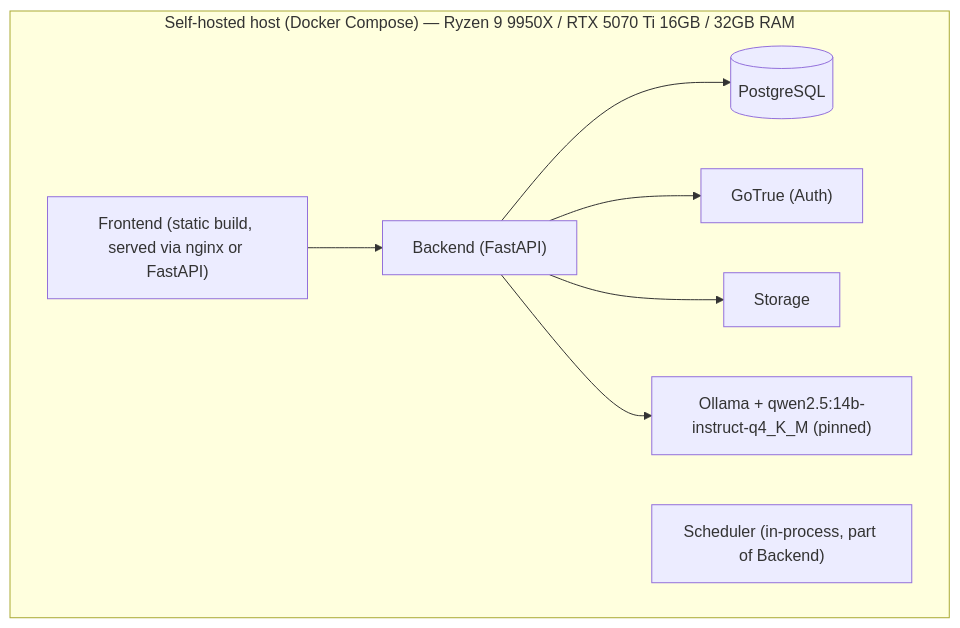
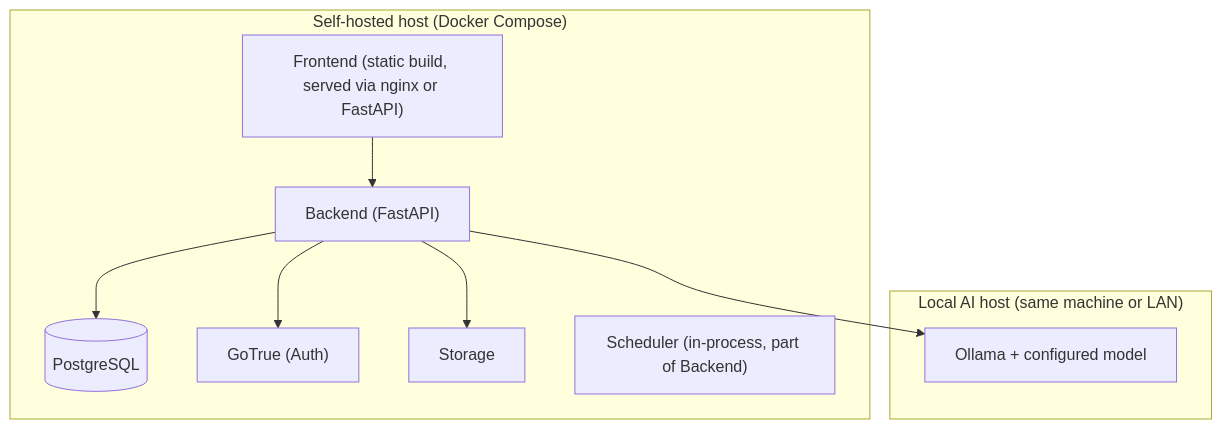
The diagram in docs/10-deployment-and-dev-workflow.md (wassimrahoui/adhd-job-agent), drawn with Mermaid before and after one commit. The commit also changed other lines of this file and 4 other files, not shown here.

````diff
--- a/docs/10-deployment-and-dev-workflow.md
+++ b/docs/10-deployment-and-dev-workflow.md
@@ -33,17 +33,19 @@
 ```mermaid
 flowchart TB
-    subgraph Host["Self-hosted host (Docker Compose) — Ryzen 9 9950X / RTX 5070 Ti 16GB / 32GB RAM"]
+    subgraph Host["Self-hosted host (Docker Compose)"]
         FE["Frontend (static build, served via nginx or FastAPI)"]
         BE["Backend (FastAPI)"]
         PG[("PostgreSQL")]
         AUTH["GoTrue (Auth)"]
         STOR["Storage"]
         SCHED["Scheduler (in-process, part of Backend)"]
-        OLLAMA["Ollama + qwen2.5:14b-instruct-q4_K_M (pinned)"]
+    end
+    subgraph AIHost["Local AI host (same machine or LAN)"]
+        OLLAMA["Ollama + configured model"]
     end
     BE --> PG
     BE --> AUTH
     BE --> STOR
     BE --> OLLAMA
     FE --> BE
 ```
````
